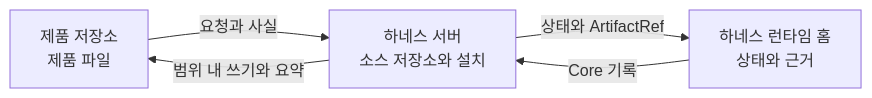
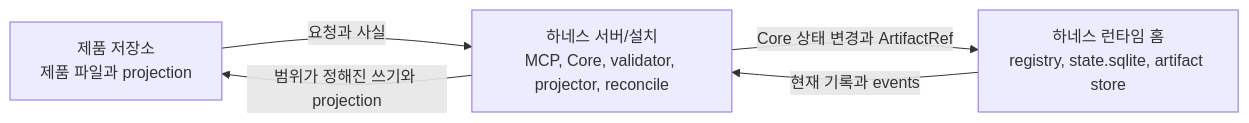
One commit to minjungw00/Harness_Project changed the first of 2 diagrams in docs/ko/reference/runtime-architecture.md. Above: the diagram before and after it, drawn with Mermaid. The commit also changed other lines of this file and 26 other files, not shown here.

Commit message:
docs: normalize diagrams and reader navigation paths

````diff
--- a/docs/ko/reference/runtime-architecture.md
+++ b/docs/ko/reference/runtime-architecture.md
@@ -70,11 +72,11 @@
 ```mermaid
 flowchart LR
-  Repo["제품 저장소<br/>제품 파일"]
-  Server["하네스 서버<br/>소스 저장소와 설치"]
-  Home["하네스 런타임 홈<br/>상태와 근거"]
+  Repo["제품 저장소<br/>제품 파일과 projection"]
+  Server["하네스 서버/설치<br/>MCP, Core, validator, projector, reconcile"]
+  Home["하네스 런타임 홈<br/>registry, state.sqlite, artifact store"]
 
   Repo -->|요청과 사실| Server
-  Server -->|범위 내 쓰기와 요약| Repo
-  Server -->|상태와 ArtifactRef| Home
-  Home -->|Core 기록| Server
+  Server -->|범위가 정해진 쓰기와 projection| Repo
+  Server -->|Core 상태 변경과 ArtifactRef| Home
+  Home -->|현재 기록과 events| Server
 ```
````
